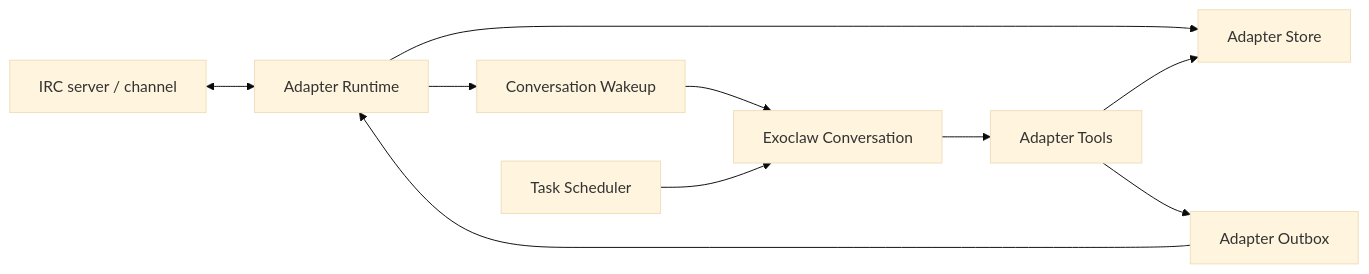
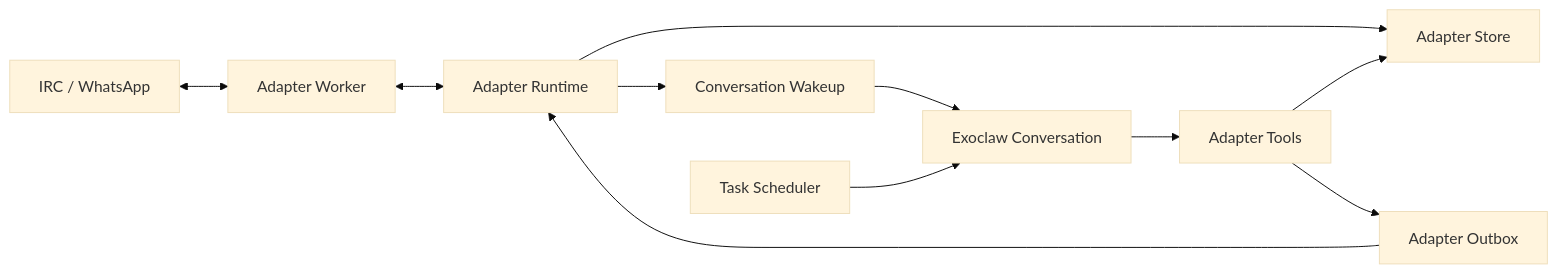
One commit to exoharness/exo changed the first of 2 diagrams in examples/exoclaw/adapter-architecture.md. Above: the diagram before and after it, drawn with Mermaid (base theme). The commit also changed other lines of this file and 26 other files, not shown here.

````diff
--- a/examples/exoclaw/adapter-architecture.md
+++ b/examples/exoclaw/adapter-architecture.md
@@ -44,12 +44,13 @@
 ```mermaid
 flowchart LR
-  irc["IRC server / channel"] <--> runtime["Adapter Runtime"]
+  externalApp["IRC / WhatsApp"] <--> worker["Adapter Worker"]
+  worker <--> runtime["Adapter Runtime"]
   runtime --> store["Adapter Store"]
   tools["Adapter Tools"] --> store
   runtime --> wakeup["Conversation Wakeup"]
   wakeup --> convo["Exoclaw Conversation"]
   convo --> tools
   scheduler["Task Scheduler"] --> convo
   tools --> outbox["Adapter Outbox"]
   outbox --> runtime
 ```
````
